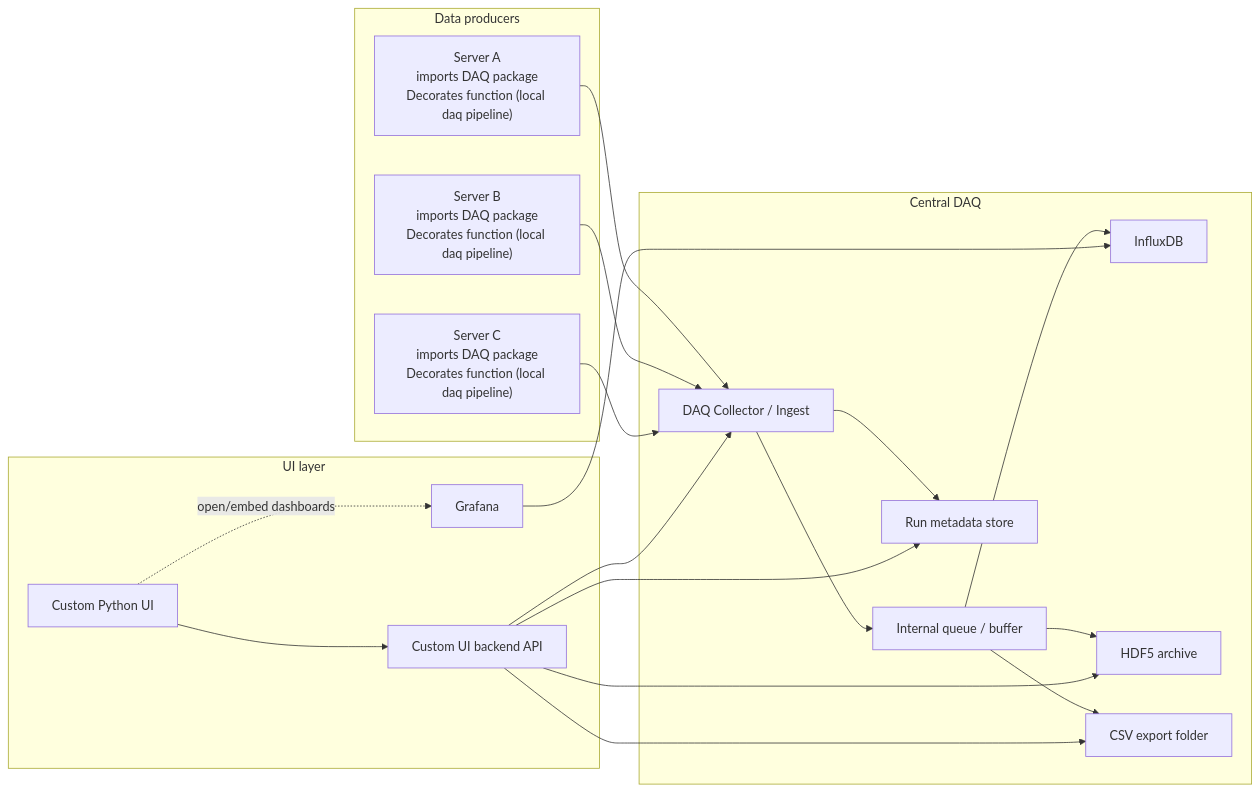
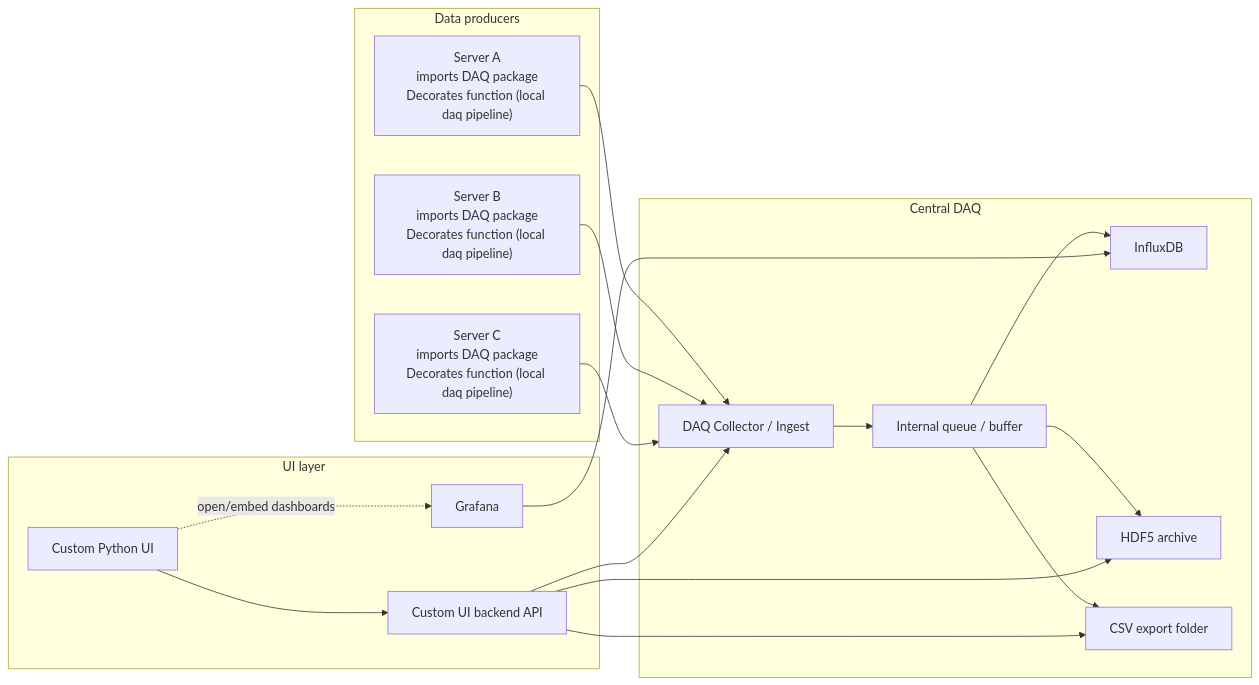
Before and after one commit to iic201/h2pdaq: the diagram in README.md, drawn with Mermaid. The commit also changed other lines of this file and 5 other files, not shown here.

````diff
--- a/README.md
+++ b/README.md
@@ -27,42 +27,39 @@
 ```mermaid
 flowchart LR
     subgraph Producers["Data producers"]
         S1["Server A<br/>imports DAQ package<br/>Decorates function (local daq pipeline)"]
         S2["Server B<br/>imports DAQ package<br/>Decorates function (local daq pipeline)"]
         S3["Server C<br/>imports DAQ package<br/>Decorates function (local daq pipeline)"]
     end
 
     subgraph Core["Central DAQ"]
         COL["DAQ Collector / Ingest"]
         Q["Internal queue / buffer"]
-        META["Run metadata store"]
         IFX["InfluxDB"]
         H5["HDF5 archive"]
         CSV["CSV export folder"]
     end
 
     subgraph App["UI layer"]
         API["Custom UI backend API"]
         UI["Custom Python UI"]
         G["Grafana"]
     end
 
     S1 --> COL
     S2 --> COL
     S3 --> COL
 
     COL --> Q
     Q --> IFX
     Q --> H5
     Q --> CSV
-    COL --> META
 
-    API --> META
     API --> H5
     API --> CSV
     API --> COL
 
     UI --> API
     G --> IFX
     UI -.->|"open/embed dashboards"| G
 ```
````
